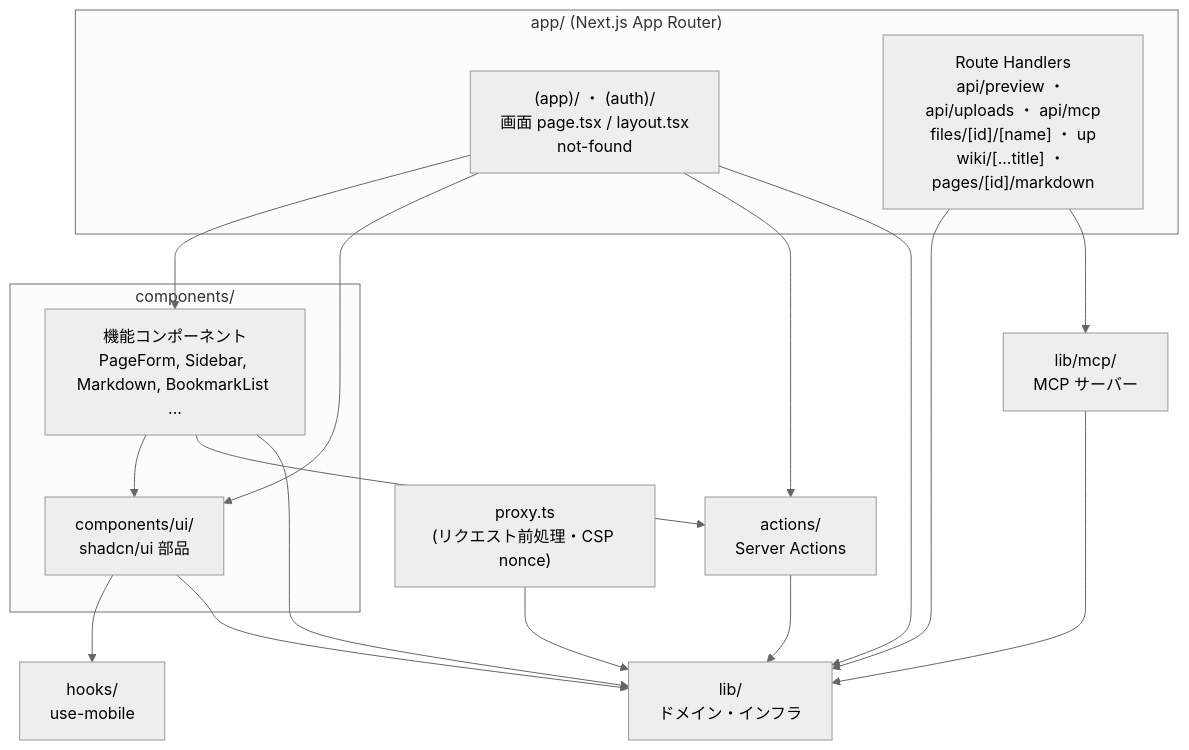
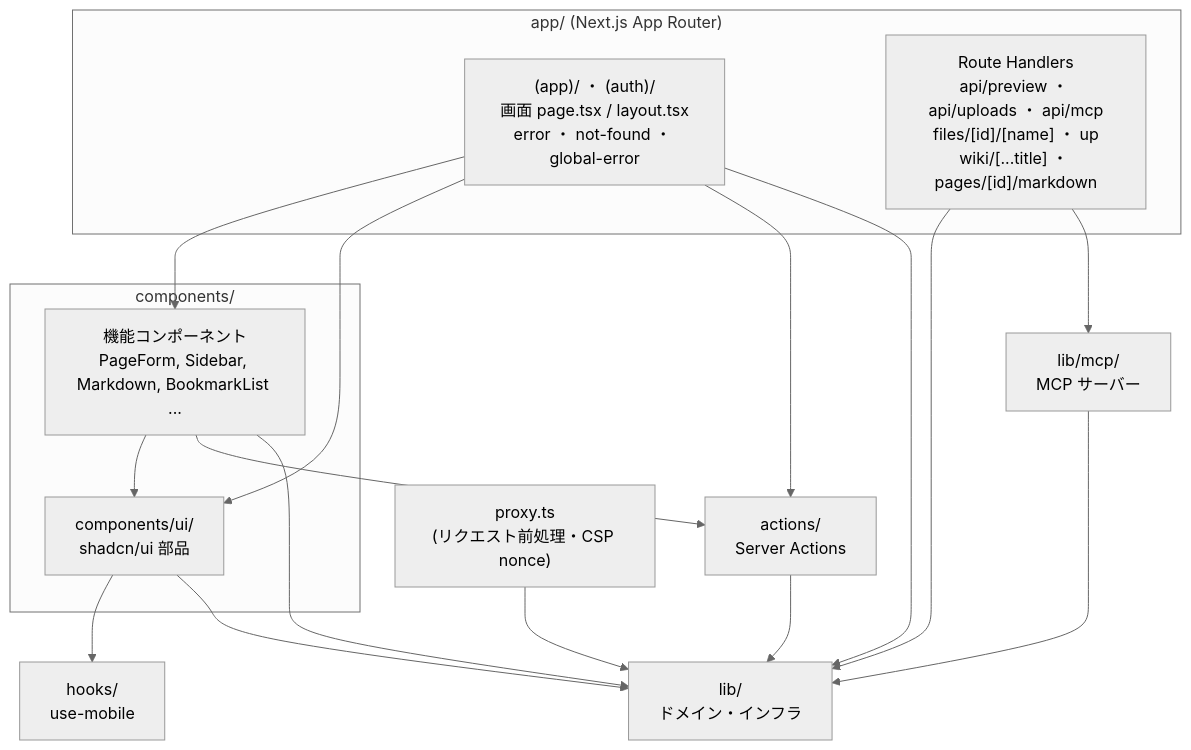
Before and after one commit to jobjohn/test-wiki: the first of 3 diagrams in docs/module-structure.md, drawn with Mermaid (neutral theme). The commit also changed 4 other files, not shown here.

First line of the commit message:
feat(ui): add error boundaries for app pages and the root layout

````diff
--- a/docs/module-structure.md
+++ b/docs/module-structure.md
@@ -7,34 +7,34 @@
 ```mermaid
 flowchart TD
   proxy["proxy.ts<br/>(リクエスト前処理・CSP nonce)"]
 
   subgraph app["app/ (Next.js App Router)"]
-    pages["(app)/ ・ (auth)/<br/>画面 page.tsx / layout.tsx<br/>not-found"]
+    pages["(app)/ ・ (auth)/<br/>画面 page.tsx / layout.tsx<br/>error ・ not-found ・ global-error"]
     routes["Route Handlers<br/>api/preview ・ api/uploads ・ api/mcp<br/>files/[id]/[name] ・ up<br/>wiki/[...title] ・ pages/[id]/markdown"]
   end
 
   subgraph components["components/"]
     comp["機能コンポーネント<br/>PageForm, Sidebar, Markdown, BookmarkList ..."]
     ui["components/ui/<br/>shadcn/ui 部品"]
   end
 
   actions["actions/<br/>Server Actions"]
   lib["lib/<br/>ドメイン・インフラ"]
   mcp["lib/mcp/<br/>MCP サーバー"]
   hooks["hooks/<br/>use-mobile"]
 
   proxy --> lib
   pages --> comp
   pages --> ui
   pages --> actions
   pages --> lib
   routes --> lib
   routes --> mcp
   mcp --> lib
   comp --> ui
   comp --> actions
   comp --> lib
   ui --> hooks
   ui --> lib
   actions --> lib
 ```
````
